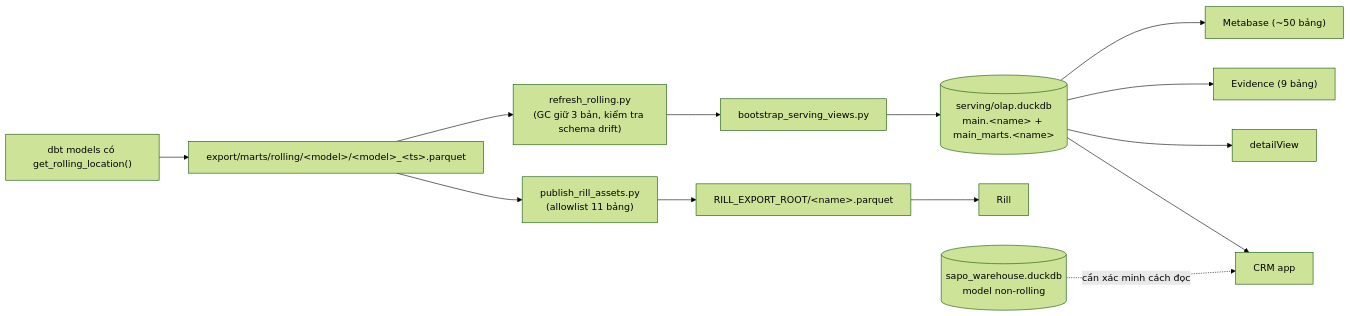
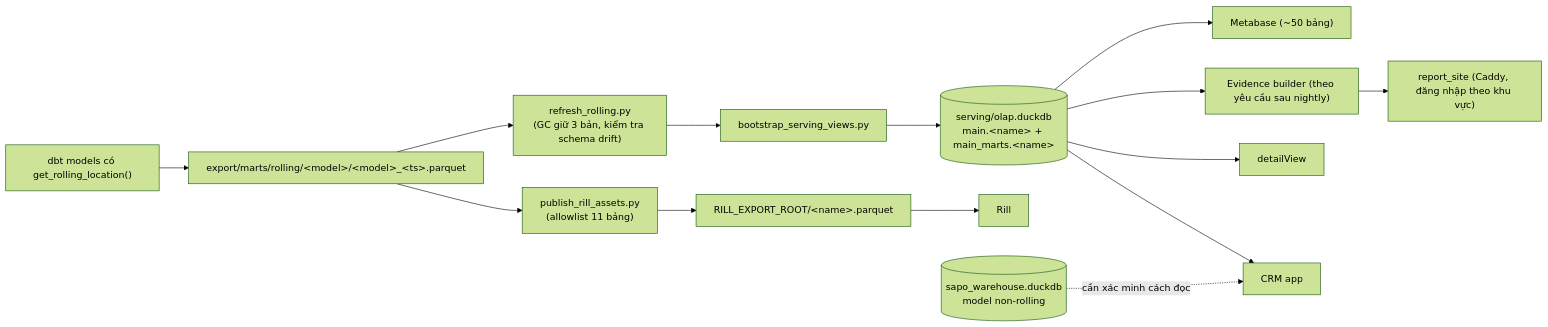
Before and after one commit to vantt/data-integration: diagram 15 of 17 in docs/architecture/modules.md, drawn with Mermaid (forest theme). The commit also changed other lines of this file and 57 other files, not shown here.

````diff
--- a/docs/architecture/modules.md
+++ b/docs/architecture/modules.md
@@ -744,13 +744,13 @@
 ```mermaid
 flowchart LR
     DBT["dbt models có get_rolling_location()"] --> ROLL["export/marts/rolling/&lt;model&gt;/&lt;model&gt;_&lt;ts&gt;.parquet"]
     ROLL --> RR["refresh_rolling.py<br/>(GC giữ 3 bản, kiểm tra schema drift)"]
     RR --> BS["bootstrap_serving_views.py"]
     BS --> OLAP[("serving/olap.duckdb<br/>main.&lt;name&gt; + main_marts.&lt;name&gt;")]
     ROLL --> RP["publish_rill_assets.py<br/>(allowlist 11 bảng)"] --> RILLF["RILL_EXPORT_ROOT/&lt;name&gt;.parquet"] --> RL[Rill]
     OLAP --> MB["Metabase (~50 bảng)"]
-    OLAP --> EV["Evidence (9 bảng)"]
+    OLAP --> EV["Evidence builder (theo yêu cầu sau nightly)"] --> RS["report_site (Caddy, đăng nhập theo khu vực)"]
     OLAP --> DV["detailView"]
     OLAP --> CRMAPP["CRM app"]
     WH[("sapo_warehouse.duckdb<br/>model non-rolling")] -. "cần xác minh cách đọc" .-> CRMAPP
 ```
````
